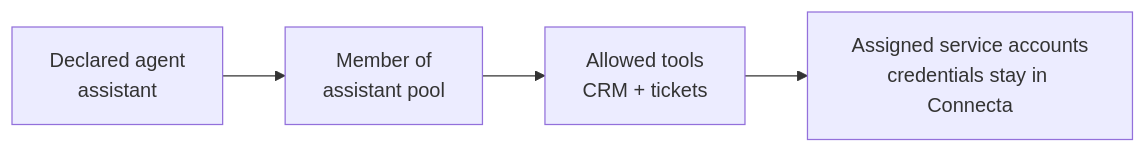
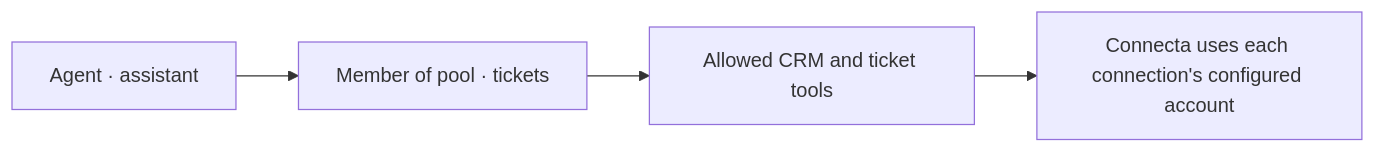
The first of 3 diagrams in guides/connecting-agents.md (zackbart/connecta), drawn with Mermaid before and after one commit. The commit also changed other lines of this file and 9 other files, not shown here.

````diff
--- a/guides/connecting-agents.md
+++ b/guides/connecting-agents.md
@@ -20,6 +16,6 @@
 ```mermaid
 flowchart LR
-    Identity["Declared agent<br/>assistant"] --> Membership["Member of<br/>assistant pool"]
-    Membership --> Tools["Allowed tools<br/>CRM + tickets"]
-    Tools --> Accounts["Assigned service accounts<br/>credentials stay in Connecta"]
+    Identity["Agent · assistant"] --> Pool["Member of pool · tickets"]
+    Pool --> Tools["Allowed CRM and ticket tools"]
+    Tools --> Accounts["Connecta uses each connection's configured account"]
 ```
````
